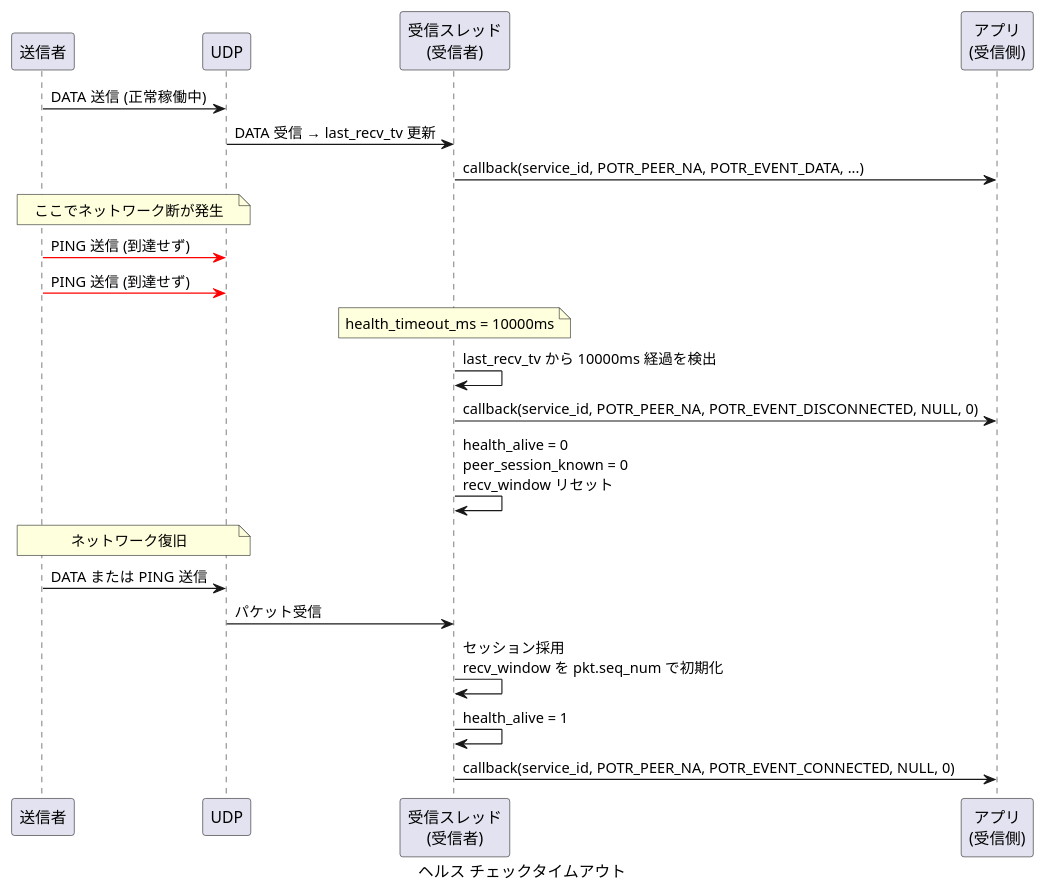
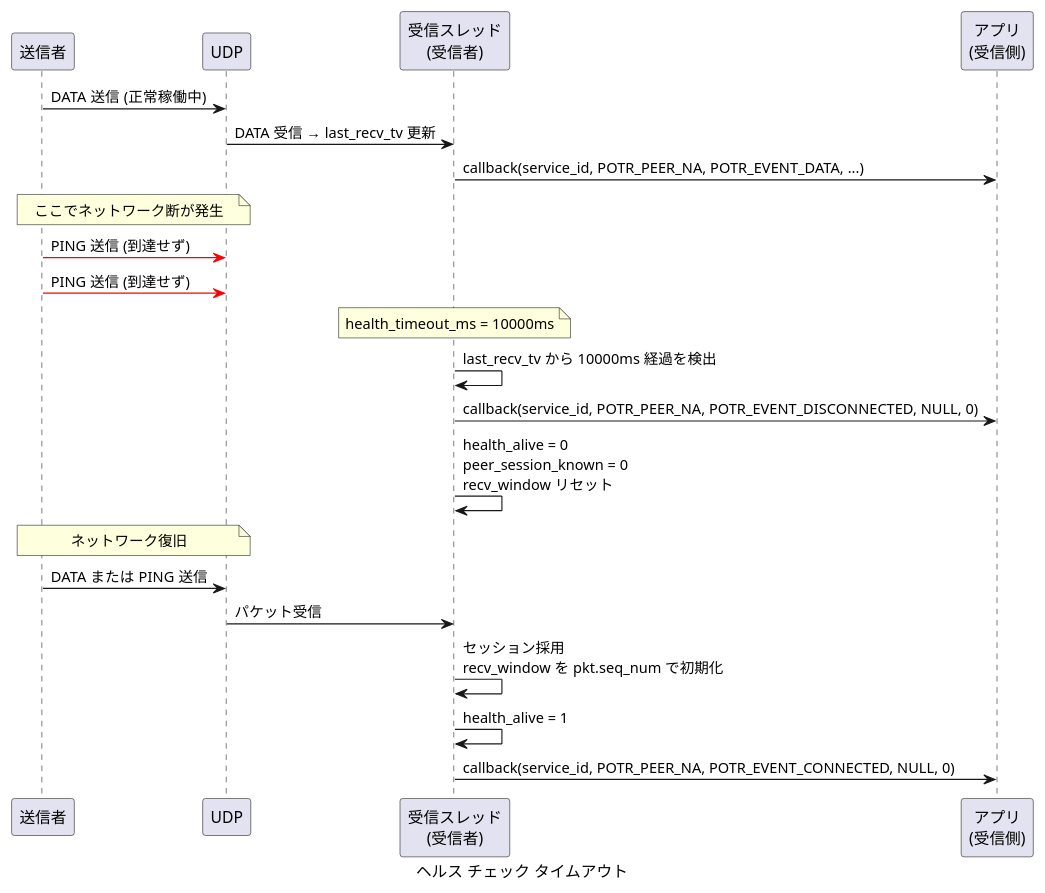
Before and after one commit to Hondarer/app_porter: the second of 2 diagrams in docs/sequence-health.md, drawn with PlantUML. The commit also changed other lines of this file and 29 other files, not shown here.

First line of the commit message:
style: ヘルスチェックを「ヘルス チェック」へそろえ、コメントを text_style_jp で整える

````diff
--- a/docs/sequence-health.md
+++ b/docs/sequence-health.md
@@ -40,36 +40,36 @@
 ```plantuml
-@startuml ヘルス チェックタイムアウト
-caption ヘルス チェックタイムアウト
+@startuml ヘルス チェック タイムアウト
+caption ヘルス チェック タイムアウト
 
 participant "送信者" as S
 participant "UDP" as UDP
 participant "受信スレッド\n(受信者)" as RRT
 participant "アプリ\n(受信側)" as RAPP
 
 S -> UDP: DATA 送信 (正常稼働中)
 UDP -> RRT: DATA 受信 → last_recv_tv 更新
 RRT -> RAPP: callback(service_id, POTR_PEER_NA, POTR_EVENT_DATA, ...)
 
 note over S, UDP: ここでネットワーク断が発生
 
 S -[#red]> UDP: PING 送信 (到達せず)
 S -[#red]> UDP: PING 送信 (到達せず)
 
 note over RRT: health_timeout_ms = 10000ms
 
 RRT -> RRT: last_recv_tv から 10000ms 経過を検出
 
 RRT -> RAPP: callback(service_id, POTR_PEER_NA, POTR_EVENT_DISCONNECTED, NULL, 0)
 RRT -> RRT: health_alive = 0\npeer_session_known = 0\nrecv_window リセット
 
 note over S, UDP: ネットワーク復旧
 
 S -> UDP: DATA または PING 送信
 UDP -> RRT: パケット受信
 RRT -> RRT: セッション採用\nrecv_window を pkt.seq_num で初期化
 RRT -> RRT: health_alive = 1
 
 RRT -> RAPP: callback(service_id, POTR_PEER_NA, POTR_EVENT_CONNECTED, NULL, 0)
 
 @enduml
 ```
````
